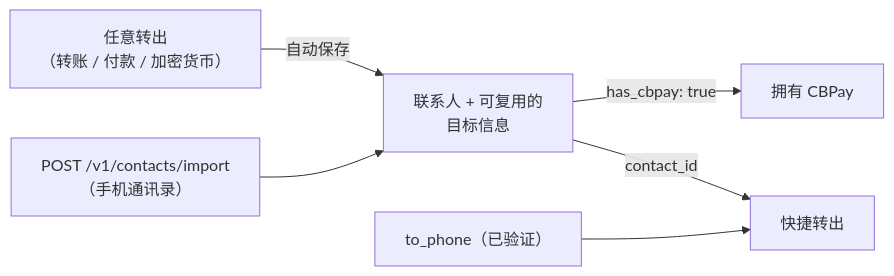
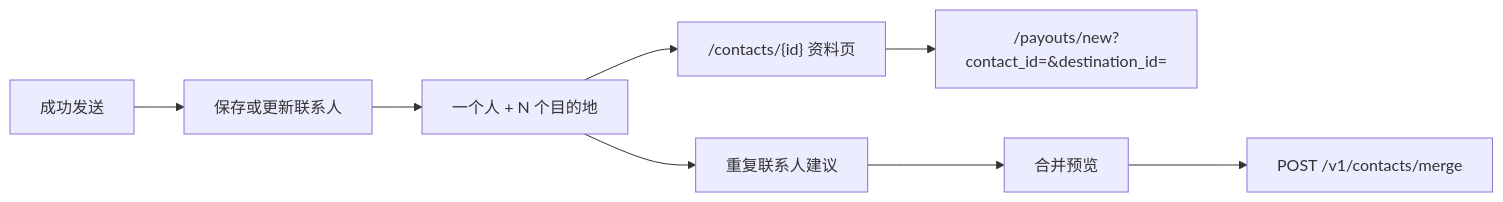
One commit to CBpayapp/cbpay-docs changed the diagram in docs-mintlify/cbpay/mcp-pack/guides/zh/guides/contacts.md. Above: the diagram before and after it, drawn with Mermaid. The commit also changed other lines of this file and 92 other files, not shown here.

````diff
--- a/docs-mintlify/cbpay/mcp-pack/guides/zh/guides/contacts.md
+++ b/docs-mintlify/cbpay/mcp-pack/guides/zh/guides/contacts.md
@@ -16,8 +12,10 @@
 ```mermaid
 flowchart LR
-    send["任意转出<br/>（转账 / 付款 / 加密货币）"] -->|"自动保存"| contact["联系人 + 可复用的<br/>目标信息"]
-    book["POST /v1/contacts/import<br/>（手机通讯录）"] --> contact
-    contact -->|"has_cbpay: true"| cbpay["拥有 CBPay"]
-    contact -->|"contact_id"| send2["快捷转出"]
-    phone["to_phone（已验证）"] --> send2
+  send["成功发送"] --> save["保存或更新联系人"]
+  save --> book["一个人 + N 个目的地"]
+  book --> profile["/contacts/{id} 资料页"]
+  profile --> payout["/payouts/new?contact_id=&destination_id="]
+  book --> dup["重复联系人建议"]
+  dup --> preview["合并预览"]
+  preview --> merge["POST /v1/contacts/merge"]
 ```
````
